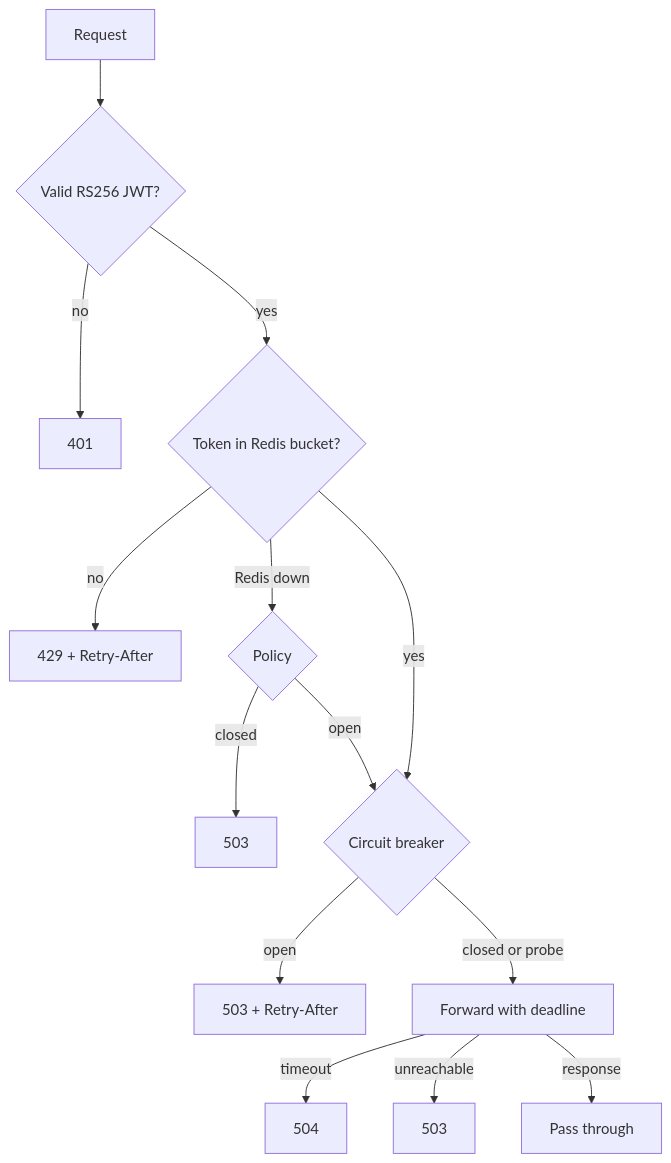
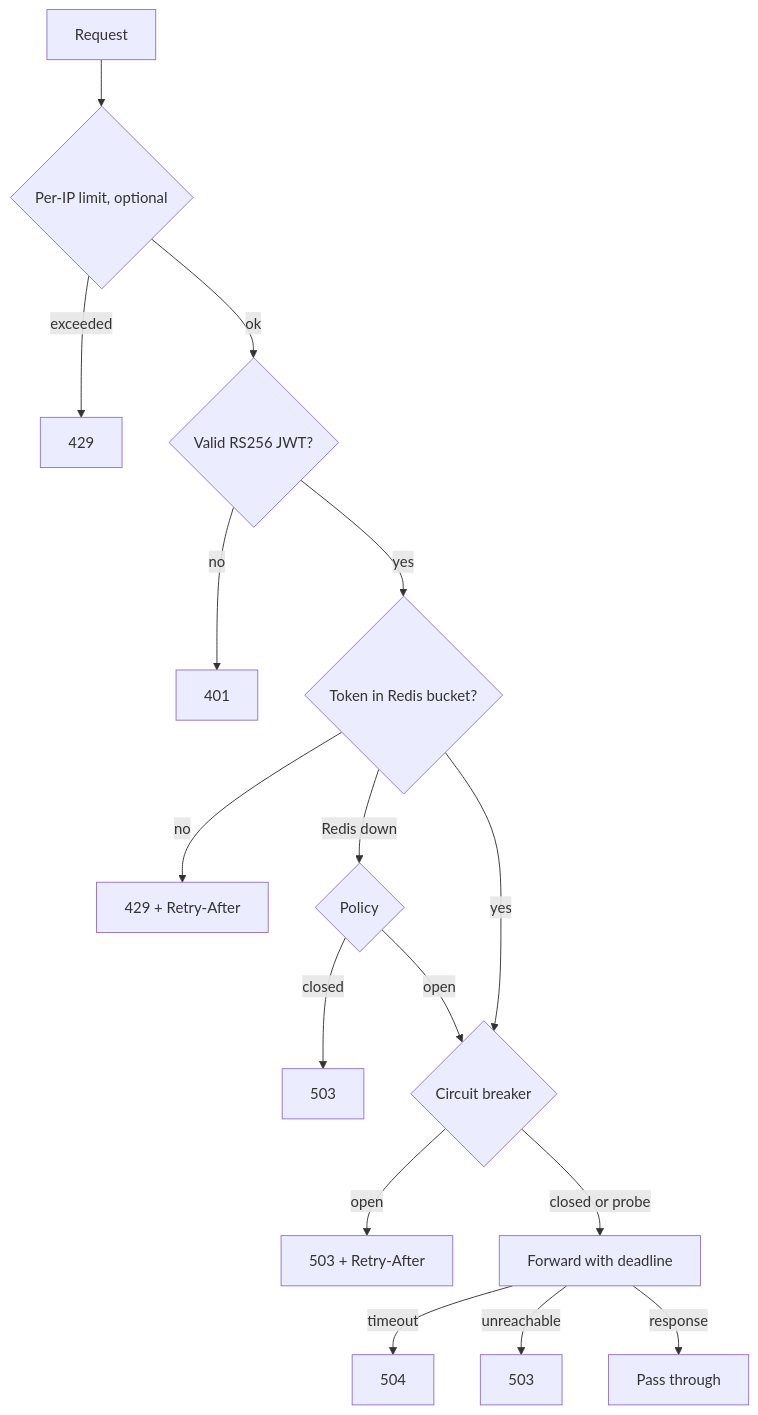
The second of 2 diagrams in README.md (DEADSERPENT/api-gateway), drawn with Mermaid before and after one commit. The commit also changed other lines of this file, not shown here.

````diff
--- a/README.md
+++ b/README.md
@@ -10,16 +18,18 @@
 ```mermaid
 flowchart TD
-    Q[Request] --> JWT{Valid RS256 JWT?}
+    Q[Request] --> IP{Per-IP limit, optional}
+    IP -- exceeded --> E429I[429]
+    IP -- ok --> JWT{Valid RS256 JWT?}
     JWT -- no --> E401[401]
     JWT -- yes --> RL{Token in Redis bucket?}
     RL -- no --> E429[429 + Retry-After]
     RL -- Redis down --> POL{Policy}
     POL -- closed --> E503R[503]
     POL -- open --> CB
     RL -- yes --> CB{Circuit breaker}
     CB -- open --> E503C[503 + Retry-After]
     CB -- closed or probe --> UP[Forward with deadline]
     UP -- timeout --> E504[504]
     UP -- unreachable --> E503U[503]
     UP -- response --> OK[Pass through]
 ```
````
